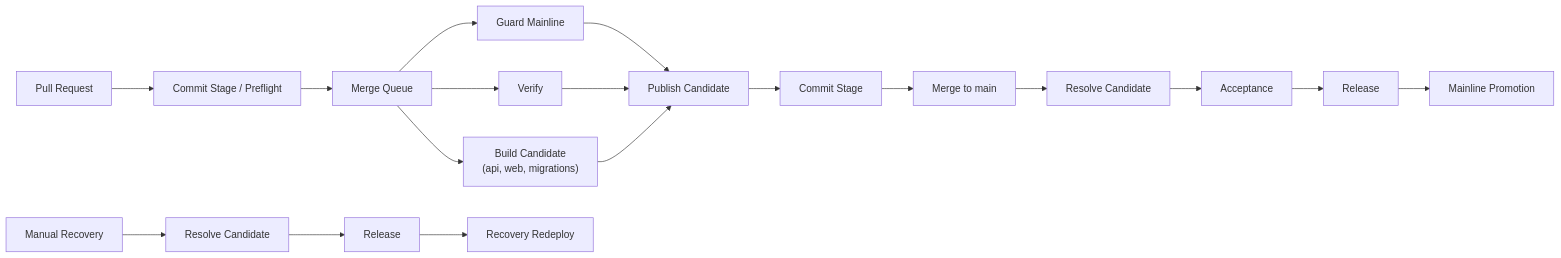
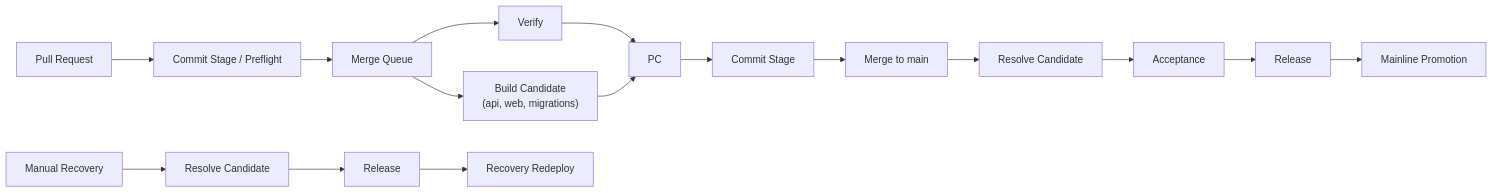
Before and after one commit to glcsolutions-ca/compass: the diagram in platform/pipeline/README.md, drawn with Mermaid. The commit also changed other lines of this file and 3 other files, not shown here.

````diff
--- a/platform/pipeline/README.md
+++ b/platform/pipeline/README.md
@@ -3,23 +3,21 @@
 ```mermaid
 flowchart LR
     PR["Pull Request"] --> PF["Commit Stage / Preflight"]
     PF --> MQ["Merge Queue"]
 
-    MQ --> GM["Guard Mainline"]
     MQ --> VR["Verify"]
     MQ --> BC["Build Candidate\n(api, web, migrations)"]
-    GM --> PC["Publish Candidate"]
     VR --> PC
     BC --> PC
     PC --> CS["Commit Stage"]
     CS --> MAIN["Merge to main"]
 
     MAIN --> RES["Resolve Candidate"]
     RES --> ACC["Acceptance"]
     ACC --> REL["Release"]
     REL --> MP["Mainline Promotion"]
 
     REC["Manual Recovery"] --> RRES["Resolve Candidate"]
     RRES --> RREL["Release"]
     RREL --> RR["Recovery Redeploy"]
 ```
````
